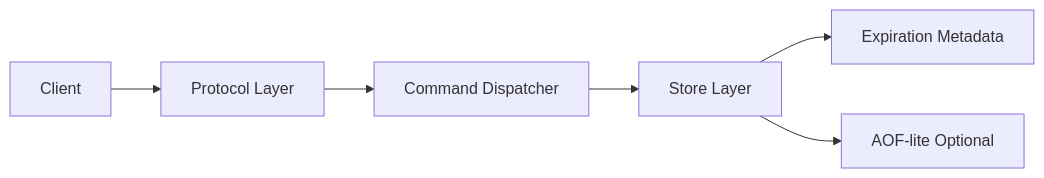
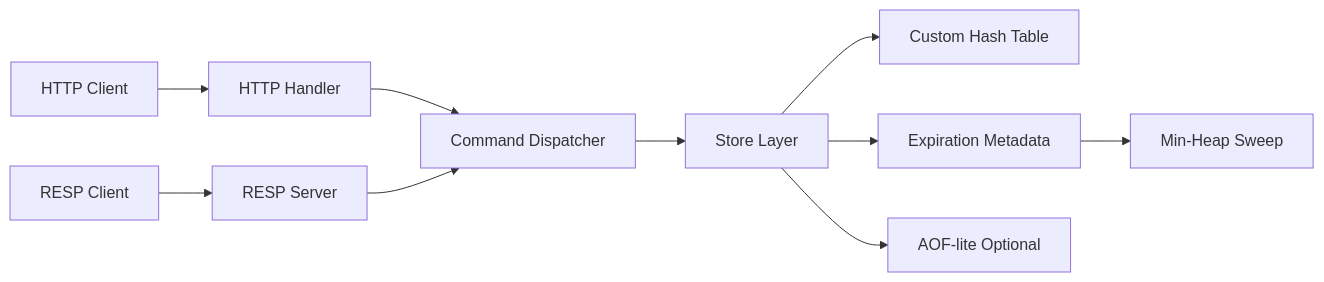
Before and after one commit to chaekang/WEEK3_Mini_Redis: the diagram in docs/02-architecture.md, drawn with Mermaid. The commit also changed other lines of this file and 7 other files, not shown here.

````diff
--- a/docs/02-architecture.md
+++ b/docs/02-architecture.md
@@ -11,8 +12,12 @@
 ```mermaid
 flowchart LR
-    C[Client] --> P[Protocol Layer]
-    P --> D[Command Dispatcher]
+    HC[HTTP Client] --> HH[HTTP Handler]
+    RC[RESP Client] --> RS[RESP Server]
+    HH --> D[Command Dispatcher]
+    RS --> D
     D --> S[Store Layer]
-    S --> E[Expiration Metadata]
+    S --> HT[Custom Hash Table]
+    S --> EM[Expiration Metadata]
+    EM --> EH[Min-Heap Sweep]
     S --> A[AOF-lite Optional]
 ```
````
